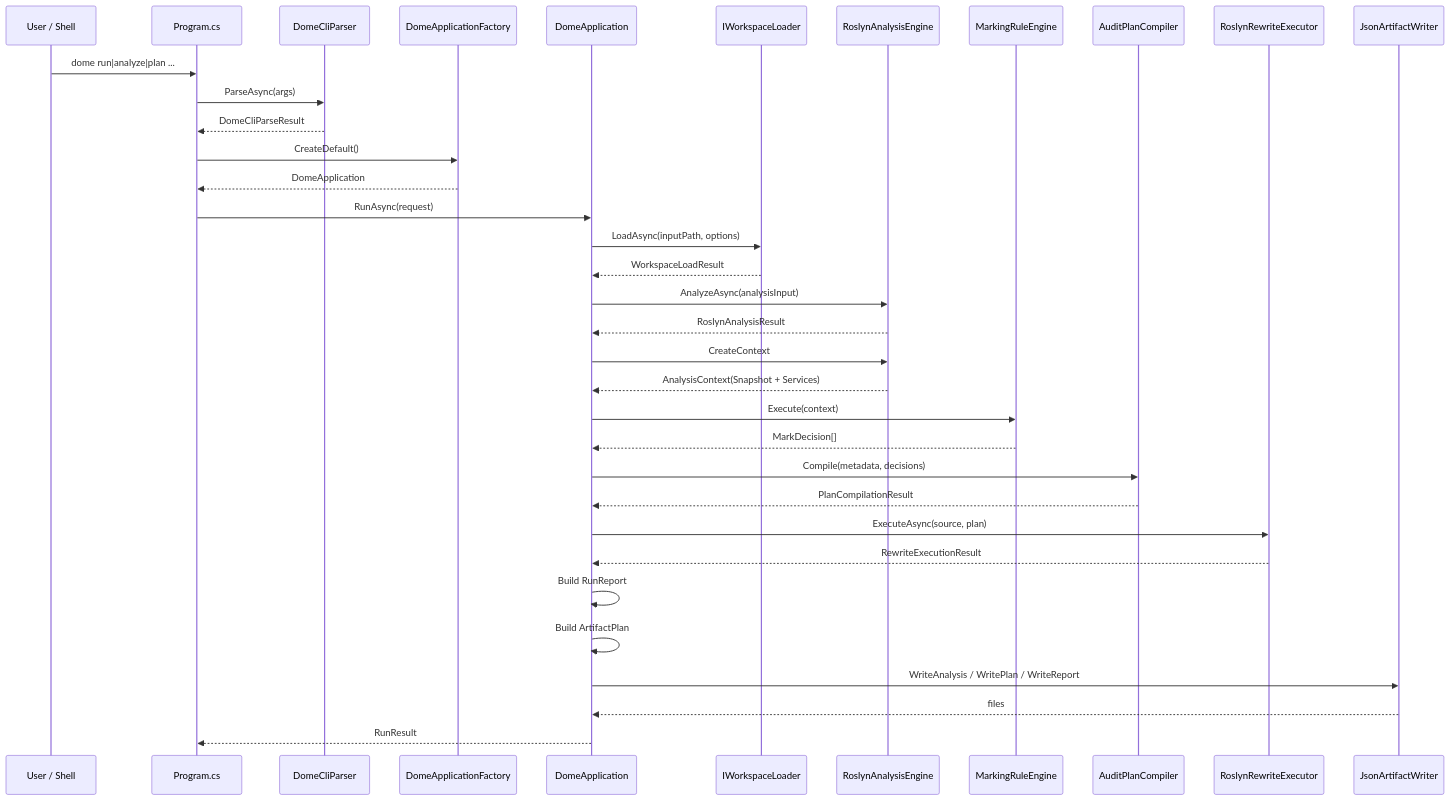
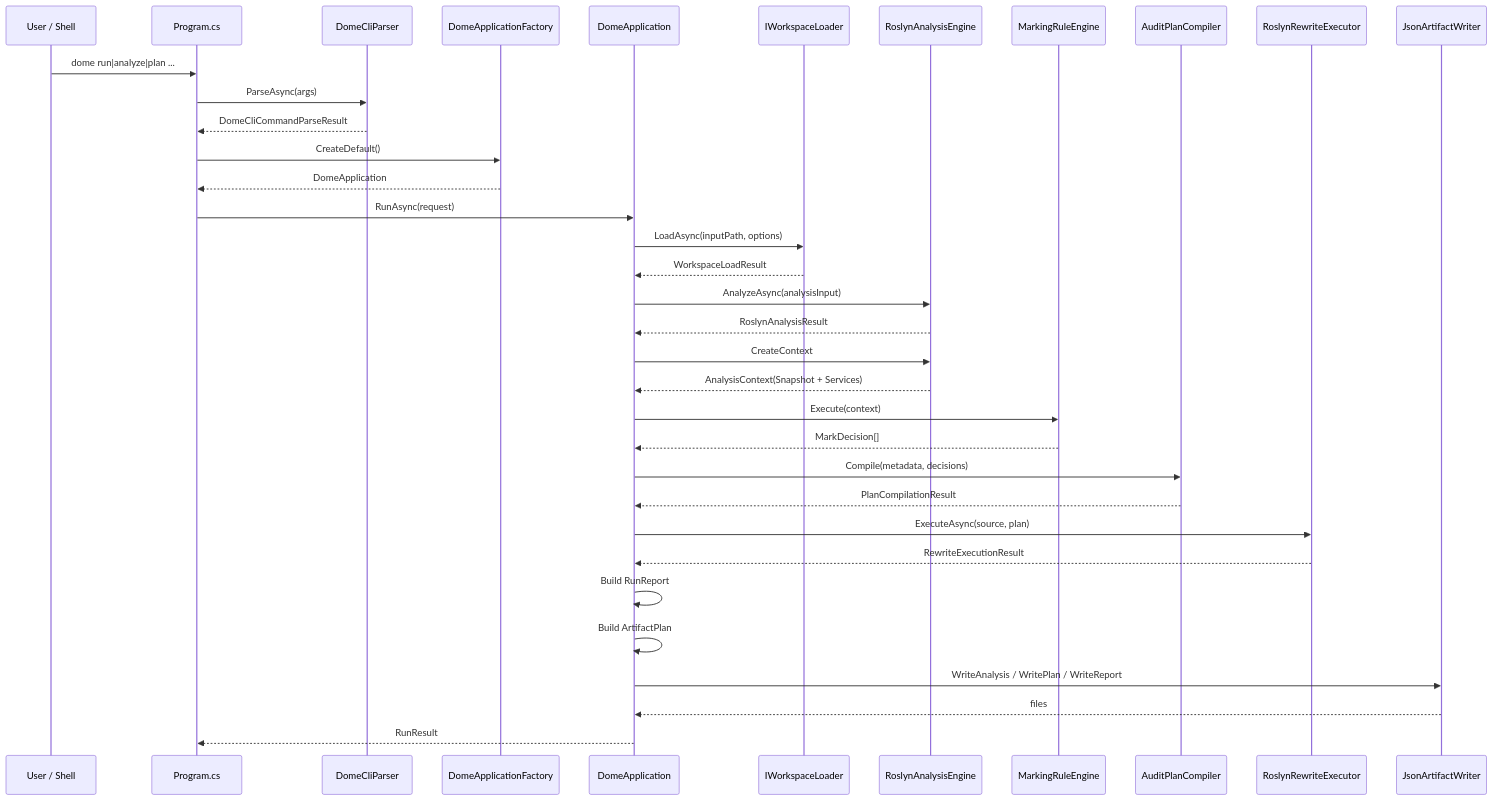
One commit to NonlinearLearning/TerrariaTools changed the diagram in dome/docs/execution-flow.md. Above: the diagram before and after it, drawn with Mermaid. The commit also changed other lines of this file and 51 other files, not shown here.

````diff
--- a/dome/docs/execution-flow.md
+++ b/dome/docs/execution-flow.md
@@ -9,38 +9,38 @@
 ```mermaid
 sequenceDiagram
     participant User as User / Shell
     participant Program as Program.cs
     participant Parser as DomeCliParser
     participant Factory as DomeApplicationFactory
     participant App as DomeApplication
     participant Loader as IWorkspaceLoader
     participant Analysis as RoslynAnalysisEngine
     participant Rules as MarkingRuleEngine
     participant Plan as AuditPlanCompiler
     participant Rewrite as RoslynRewriteExecutor
     participant Report as JsonArtifactWriter
 
     User->>Program: dome run|analyze|plan ...
     Program->>Parser: ParseAsync(args)
-    Parser-->>Program: DomeCliParseResult
+    Parser-->>Program: DomeCliCommandParseResult
     Program->>Factory: CreateDefault()
     Factory-->>Program: DomeApplication
     Program->>App: RunAsync(request)
     App->>Loader: LoadAsync(inputPath, options)
     Loader-->>App: WorkspaceLoadResult
     App->>Analysis: AnalyzeAsync(analysisInput)
     Analysis-->>App: RoslynAnalysisResult
     App->>Analysis: CreateContext
     Analysis-->>App: AnalysisContext(Snapshot + Services)
     App->>Rules: Execute(context)
     Rules-->>App: MarkDecision[]
     App->>Plan: Compile(metadata, decisions)
     Plan-->>App: PlanCompilationResult
     App->>Rewrite: ExecuteAsync(source, plan)
     Rewrite-->>App: RewriteExecutionResult
     App->>App: Build RunReport
     App->>App: Build ArtifactPlan
     App->>Report: WriteAnalysis / WritePlan / WriteReport
     Report-->>App: files
     App-->>Program: RunResult
 ```
````
